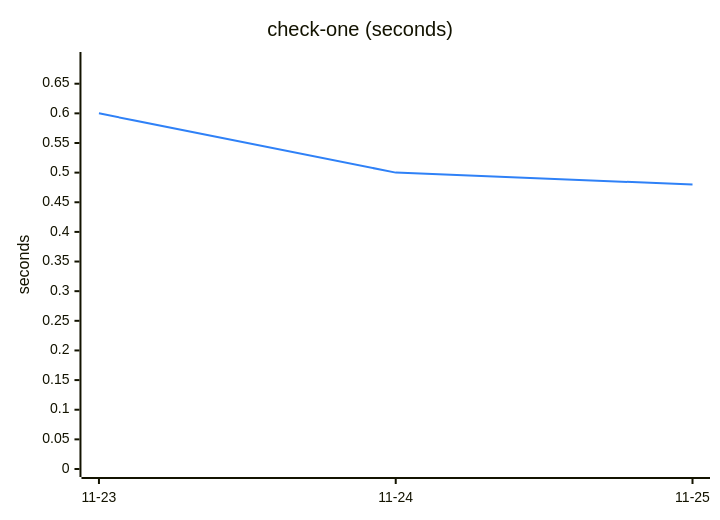
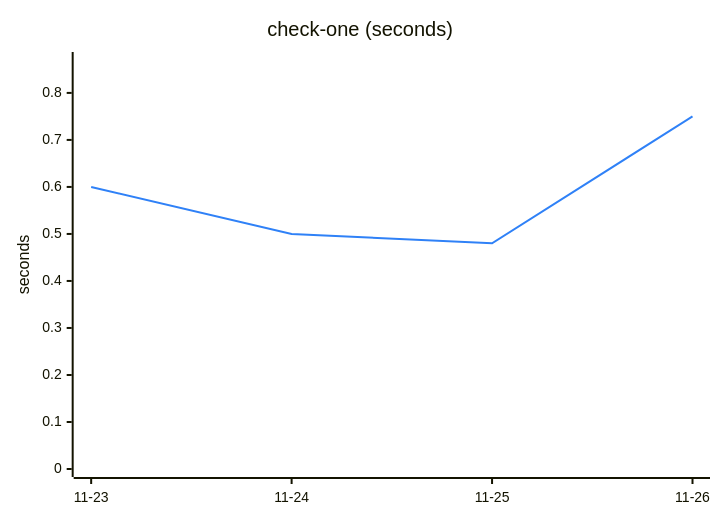
One commit to engalar/mxcli changed the fourth of 6 diagrams in TREND.md. Above: the diagram before and after it, drawn with Mermaid. The commit also changed other lines of this file and 2 other files, not shown here.

````diff
--- a/TREND.md
+++ b/TREND.md
@@ -97,13 +97,13 @@
 ```mermaid
 ---
 config:
   themeVariables:
     xyChart:
       plotColorPalette: "#2f81f7"
 ---
 xychart-beta
     title "check-one (seconds)"
-    x-axis ["11-23", "11-24", "11-25"]
-    y-axis "seconds" 0 --> 0.69
-    line [0.60, 0.50, 0.48]
+    x-axis ["11-23", "11-24", "11-25", "11-26"]
+    y-axis "seconds" 0 --> 0.87
+    line [0.60, 0.50, 0.48, 0.75]
 ```
````
